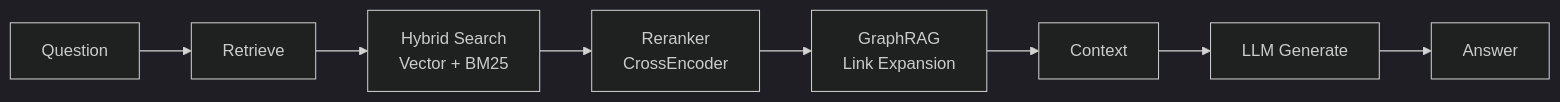
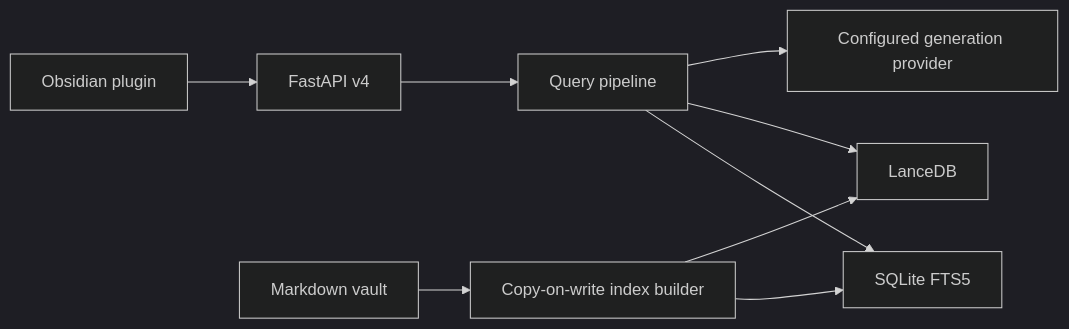
One commit to Vasallo94/ObsidianRAG changed the diagram in README.md. Above: the diagram before and after it, drawn with Mermaid (dark theme). The commit also changed other lines of this file and 47 other files, not shown here.

First line of the commit message:
release: promote ObsidianRAG 4.0.0 (#62)

````diff
--- a/README.md
+++ b/README.md
@@ -202,10 +94,11 @@
 ```mermaid
 flowchart LR
-    Q[Question] --> R[Retrieve]
-    R --> H[Hybrid Search<br/>Vector + BM25]
-    H --> RR[Reranker<br/>CrossEncoder]
-    RR --> G[GraphRAG<br/>Link Expansion]
-    G --> C[Context]
-    C --> L[LLM Generate]
-    L --> A[Answer]
+    Plugin[Obsidian plugin] --> API[FastAPI v4]
+    API --> Pipeline[Query pipeline]
+    Pipeline --> FTS[SQLite FTS5]
+    Pipeline --> Vector[LanceDB]
+    Pipeline --> LLM[Configured generation provider]
+    Vault[Markdown vault] --> Builder[Copy-on-write index builder]
+    Builder --> FTS
+    Builder --> Vector
 ```
````
